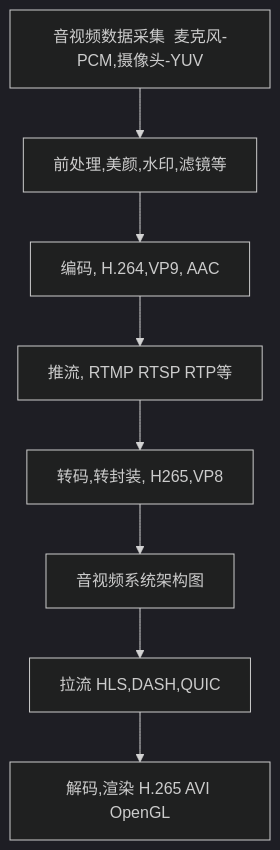
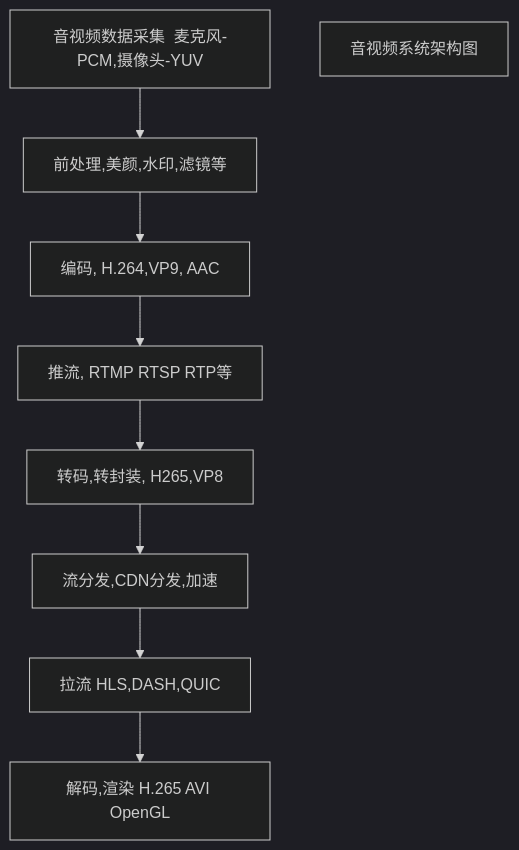
Before and after one commit to liufbox/myexample: the diagram in 音视频/音视频技术框架.md, drawn with Mermaid (dark theme). The commit also changed 1 other file, not shown here.

Commit message:
音视频技术框架.md

````diff
--- a/音视频/音视频技术框架.md
+++ b/音视频/音视频技术框架.md
@@ -12,11 +12,11 @@
 ```mermaid
 graph TD
-A[音视频数据采集  麦克风-PCM,摄像头-YUV] --> B[前处理,美颜,水印,滤镜等]
-B --> C[编码, H.264,VP9, AAC]
-C --> D[推流, RTMP RTSP RTP等]
-D --> E[转码,转封装, H265,VP8]    
-E --> F[流分发,CDN分发,加速]
-F --> G[拉流 HLS,DASH,QUIC]
-G --> H[解码,渲染 H.265 AVI OpenGL]
-    F[音视频系统架构图]
+1[音视频数据采集  麦克风-PCM,摄像头-YUV] --> 2[前处理,美颜,水印,滤镜等]
+2 --> 3[编码, H.264,VP9, AAC]
+3 --> 4[推流, RTMP RTSP RTP等]
+4 --> 5[转码,转封装, H265,VP8]    
+5 --> 6[流分发,CDN分发,加速]
+6 --> 7[拉流 HLS,DASH,QUIC]
+7 --> 8[解码,渲染 H.265 AVI OpenGL]
+    900[音视频系统架构图]
 ```
````
